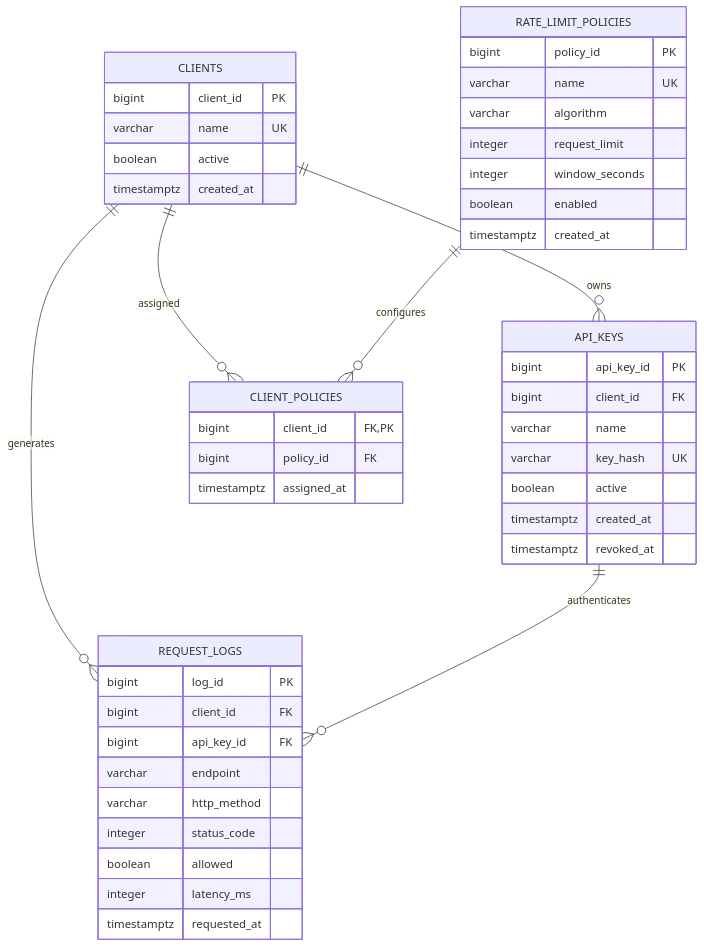
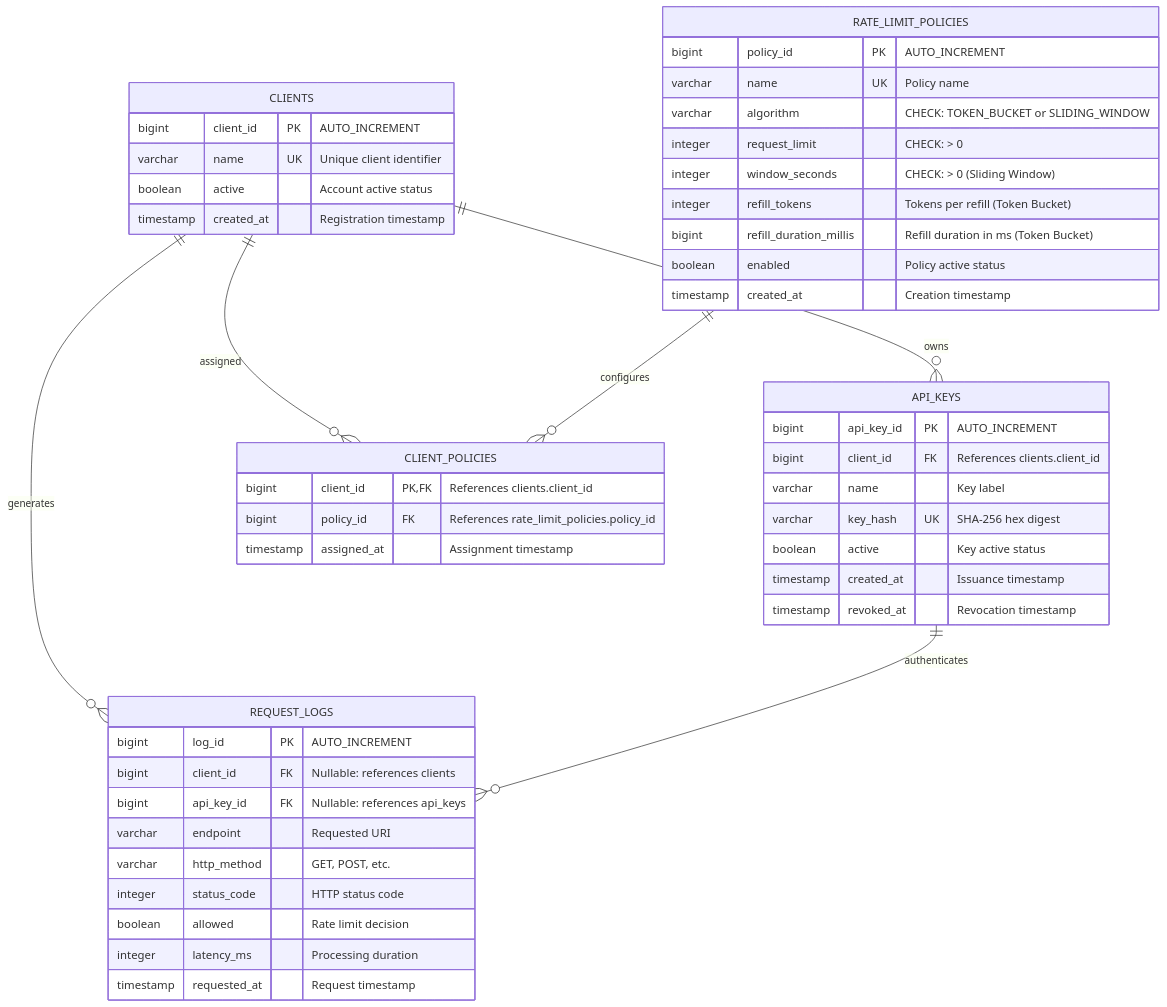
The diagram in docs/03-system-design/DATABASE_DESIGN.md (PrachiBhardwaj808/Throttlix), drawn with Mermaid before and after one commit. The commit also changed other lines of this file and 1 other file, not shown here.

Commit message:
Migrated database schema script to MySQL eight

````diff
--- a/docs/03-system-design/DATABASE_DESIGN.md
+++ b/docs/03-system-design/DATABASE_DESIGN.md
@@ -12,53 +16,55 @@
 ```mermaid
 erDiagram
     CLIENTS ||--o{ API_KEYS : "owns"
     CLIENTS ||--o{ CLIENT_POLICIES : "assigned"
     RATE_LIMIT_POLICIES ||--o{ CLIENT_POLICIES : "configures"
     CLIENTS ||--o{ REQUEST_LOGS : "generates"
     API_KEYS ||--o{ REQUEST_LOGS : "authenticates"
 
     CLIENTS {
-        bigint client_id PK
-        varchar name UK
-        boolean active
-        timestamptz created_at
+        bigint client_id PK "AUTO_INCREMENT"
+        varchar name UK "Unique client identifier"
+        boolean active "Account active status"
+        timestamp created_at "Registration timestamp"
     }
 
     API_KEYS {
-        bigint api_key_id PK
-        bigint client_id FK
-        varchar name
-        varchar key_hash UK
-        boolean active
-        timestamptz created_at
-        timestamptz revoked_at
+        bigint api_key_id PK "AUTO_INCREMENT"
+        bigint client_id FK "References clients.client_id"
+        varchar name "Key label"
+        varchar key_hash UK "SHA-256 hex digest"
+        boolean active "Key active status"
+        timestamp created_at "Issuance timestamp"
+        timestamp revoked_at "Revocation timestamp"
     }
 
     RATE_LIMIT_POLICIES {
-        bigint policy_id PK
-        varchar name UK
-        varchar algorithm
-        integer request_limit
-        integer window_seconds
-        boolean enabled
-        timestamptz created_at
+        bigint policy_id PK "AUTO_INCREMENT"
+        varchar name UK "Policy name"
+        varchar algorithm "CHECK: TOKEN_BUCKET or SLIDING_WINDOW"
+        integer request_limit "CHECK: > 0"
+        integer window_seconds "CHECK: > 0 (Sliding Window)"
+        integer refill_tokens "Tokens per refill (Token Bucket)"
+        bigint refill_duration_millis "Refill duration in ms (Token Bucket)"
+        boolean enabled "Policy active status"
+        timestamp created_at "Creation timestamp"
     }
 
     CLIENT_POLICIES {
-        bigint client_id FK, PK
-        bigint policy_id FK
-        timestamptz assigned_at
+        bigint client_id PK, FK "References clients.client_id"
+        bigint policy_id FK "References rate_limit_policies.policy_id"
+        timestamp assigned_at "Assignment timestamp"
     }
 
     REQUEST_LOGS {
-        bigint log_id PK
-        bigint client_id FK
-        bigint api_key_id FK
-        varchar endpoint
-        varchar http_method
-        integer status_code
-        boolean allowed
-        integer latency_ms
-        timestamptz requested_at
+        bigint log_id PK "AUTO_INCREMENT"
+        bigint client_id FK "Nullable: references clients"
+        bigint api_key_id FK "Nullable: references api_keys"
+        varchar endpoint "Requested URI"
+        varchar http_method "GET, POST, etc."
+        integer status_code "HTTP status code"
+        boolean allowed "Rate limit decision"
+        integer latency_ms "Processing duration"
+        timestamp requested_at "Request timestamp"
     }
 ```
````
